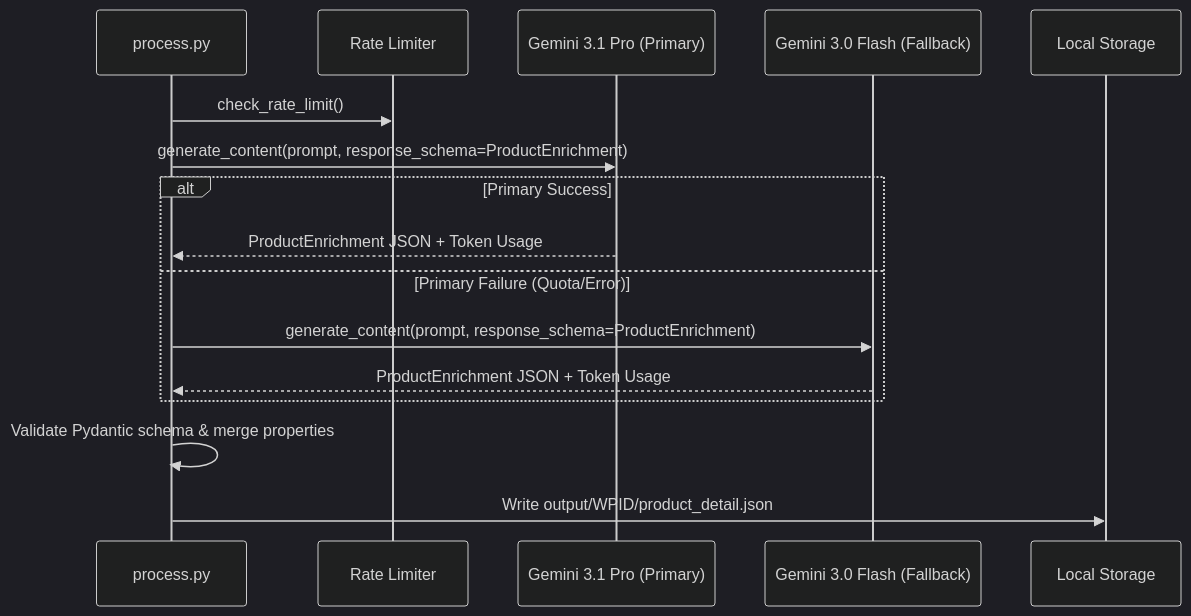
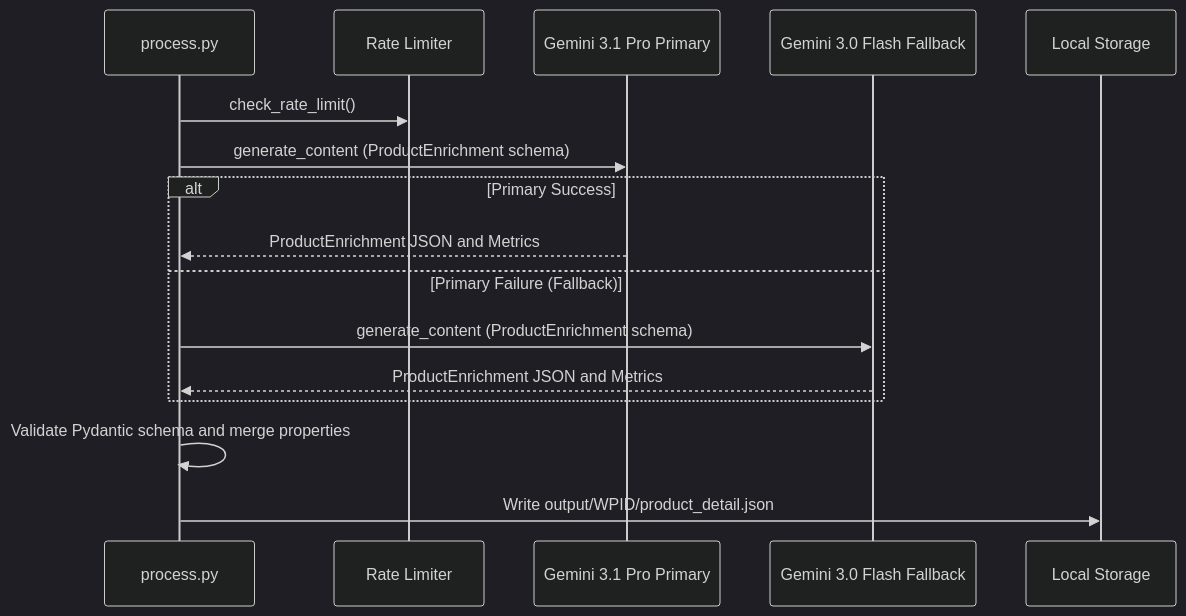
The diagram in docs/workflow/enrichment.md (rrmcguinness/product-gen), drawn with Mermaid (dark theme) before and after one commit. The commit also changed 19 other files, not shown here.

````diff
--- a/docs/workflow/enrichment.md
+++ b/docs/workflow/enrichment.md
@@ -9,21 +9,21 @@
 ```mermaid
 sequenceDiagram
     participant Worker as process.py
     participant RateLimiter as Rate Limiter
-    participant GeminiPrimary as Gemini 3.1 Pro (Primary)
-    participant GeminiFallback as Gemini 3.0 Flash (Fallback)
+    participant GeminiPrimary as Gemini 3.1 Pro Primary
+    participant GeminiFallback as Gemini 3.0 Flash Fallback
     participant Disk as Local Storage
 
     Worker->>RateLimiter: check_rate_limit()
-    Worker->>GeminiPrimary: generate_content(prompt, response_schema=ProductEnrichment)
+    Worker->>GeminiPrimary: generate_content (ProductEnrichment schema)
     
     alt Primary Success
-        GeminiPrimary-->>Worker: ProductEnrichment JSON + Token Usage
-    else Primary Failure (Quota/Error)
-        Worker->>GeminiFallback: generate_content(prompt, response_schema=ProductEnrichment)
-        GeminiFallback-->>Worker: ProductEnrichment JSON + Token Usage
+        GeminiPrimary-->>Worker: ProductEnrichment JSON and Metrics
+    else Primary Failure (Fallback)
+        Worker->>GeminiFallback: generate_content (ProductEnrichment schema)
+        GeminiFallback-->>Worker: ProductEnrichment JSON and Metrics
     end
 
-    Worker->>Worker: Validate Pydantic schema & merge properties
+    Worker->>Worker: Validate Pydantic schema and merge properties
     Worker->>Disk: Write output/WPID/product_detail.json
 ```
````
